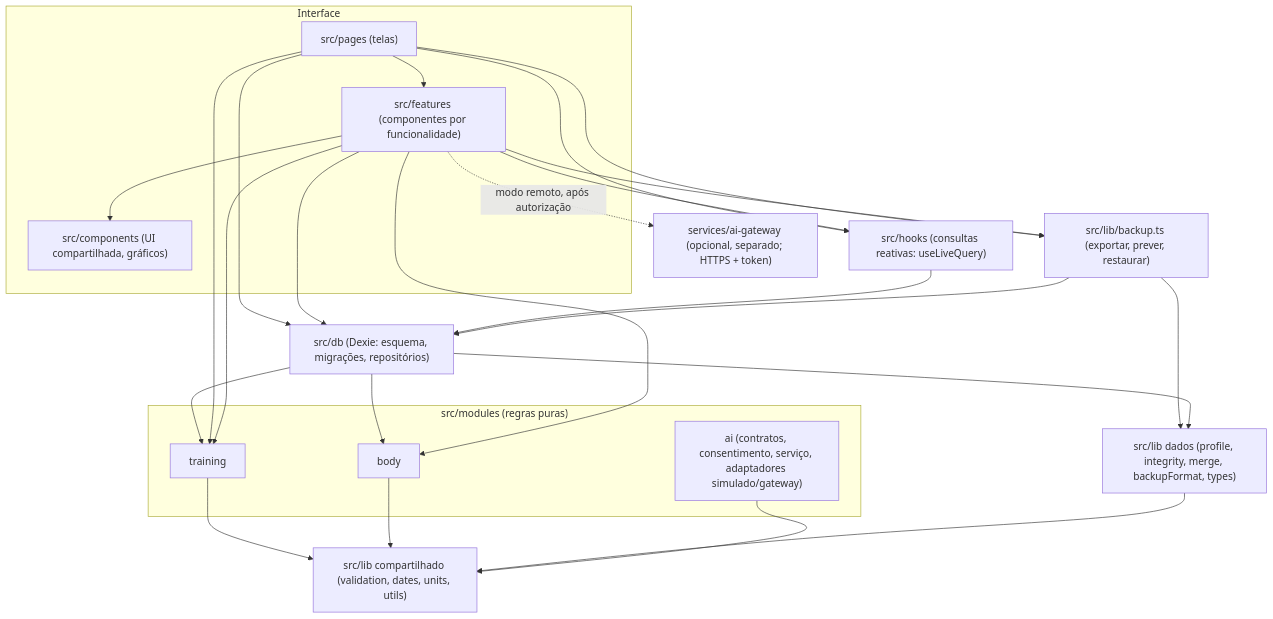
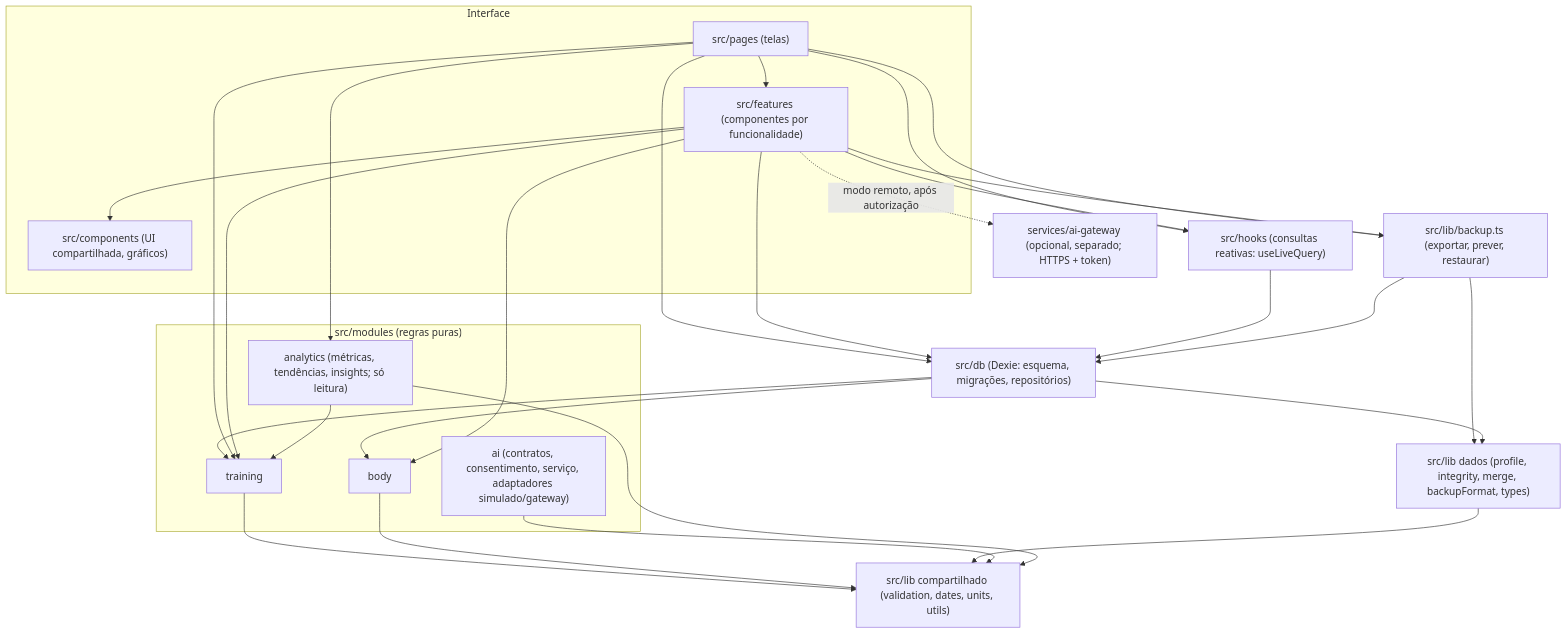
Before and after one commit to AdrielBR25/IronTrack: the diagram in docs/ARQUITETURA.md, drawn with Mermaid. The commit also changed other lines of this file and 2 other files, not shown here.

First line of the commit message:
docs: ANALYTICS_TREINAMENTO.md e atualizações de ARQUITETURA e README

````diff
--- a/docs/ARQUITETURA.md
+++ b/docs/ARQUITETURA.md
@@ -20,41 +20,45 @@
 ```mermaid
 flowchart TD
   subgraph UI["Interface"]
     pages["src/pages (telas)"]
     features["src/features (componentes por funcionalidade)"]
     components["src/components (UI compartilhada, gráficos)"]
   end
   hooks["src/hooks (consultas reativas: useLiveQuery)"]
   db["src/db (Dexie: esquema, migrações, repositórios)"]
   backup["src/lib/backup.ts (exportar, prever, restaurar)"]
   subgraph Domínios["src/modules (regras puras)"]
     training["training"]
     body["body"]
     ai["ai (contratos, consentimento, serviço, adaptadores simulado/gateway)"]
+    analytics["analytics (métricas, tendências, insights; só leitura)"]
   end
   shared["src/lib compartilhado (validation, dates, units, utils)"]
   safety["src/lib dados (profile, integrity, merge, backupFormat, types)"]
 
   pages --> features --> components
   pages --> hooks
   features --> hooks
   pages --> db
   features --> db
   pages --> backup
   features --> backup
   hooks --> db
   backup --> db
   backup --> safety
   db --> training
   db --> body
   db --> safety
   pages --> training
   features --> training
   features --> body
   training --> shared
   body --> shared
   safety --> shared
   ai --> shared
+  analytics --> training
+  analytics --> shared
+  pages --> analytics
   gateway["services/ai-gateway (opcional, separado; HTTPS + token)"]
   features -. "modo remoto, após autorização" .-> gateway
 ```
````
